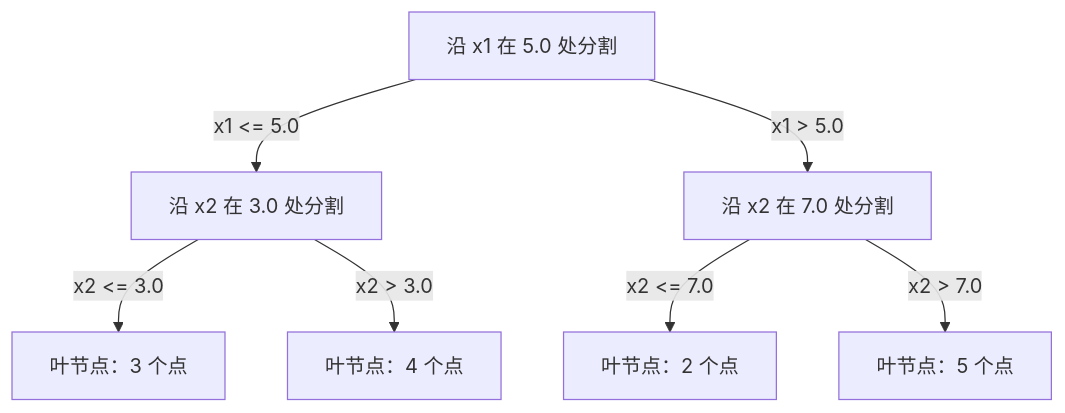
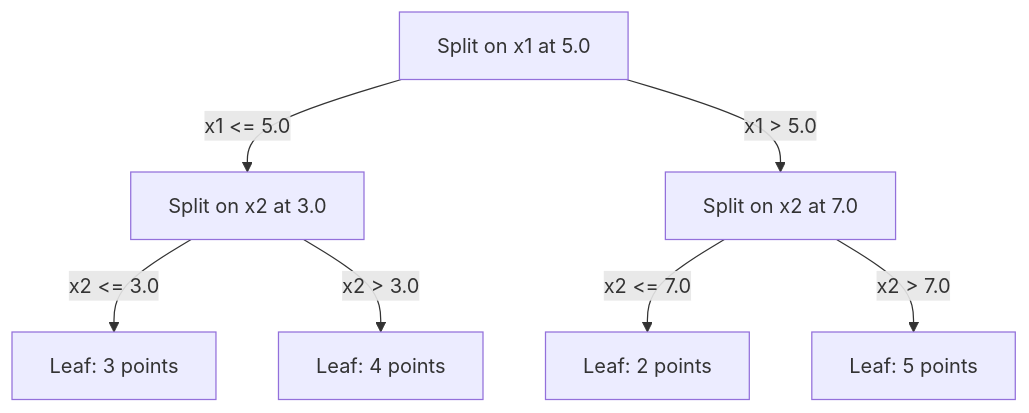
One commit to xiaojiaenen/ai-engineering-from-scratch-zh changed the third of 3 diagrams in i18n/zh/phases/02-ml-fundamentals/06-knn-and-distances/docs/zh.md. Above: the diagram before and after it, drawn with Mermaid. The commit also changed other lines of this file and 18 other files, not shown here.

````diff
--- a/i18n/zh/phases/02-ml-fundamentals/06-knn-and-distances/docs/zh.md
+++ b/i18n/zh/phases/02-ml-fundamentals/06-knn-and-distances/docs/zh.md
@@ -169,9 +169,9 @@
 ```mermaid
 graph TD
-    R["沿 x1 在 5.0 处分割"] -->|"x1 <= 5.0"| L["沿 x2 在 3.0 处分割"]
-    R -->|"x1 > 5.0"| RR["沿 x2 在 7.0 处分割"]
-    L -->|"x2 <= 3.0"| LL["叶节点：3 个点"]
-    L -->|"x2 > 3.0"| LR["叶节点：4 个点"]
-    RR -->|"x2 <= 7.0"| RL["叶节点：2 个点"]
-    RR -->|"x2 > 7.0"| RRR["叶节点：5 个点"]
+    R["Split on x1 at 5.0"] -->|"x1 <= 5.0"| L["Split on x2 at 3.0"]
+    R -->|"x1 > 5.0"| RR["Split on x2 at 7.0"]
+    L -->|"x2 <= 3.0"| LL["Leaf: 3 points"]
+    L -->|"x2 > 3.0"| LR["Leaf: 4 points"]
+    RR -->|"x2 <= 7.0"| RL["Leaf: 2 points"]
+    RR -->|"x2 > 7.0"| RRR["Leaf: 5 points"]
 ```
````
